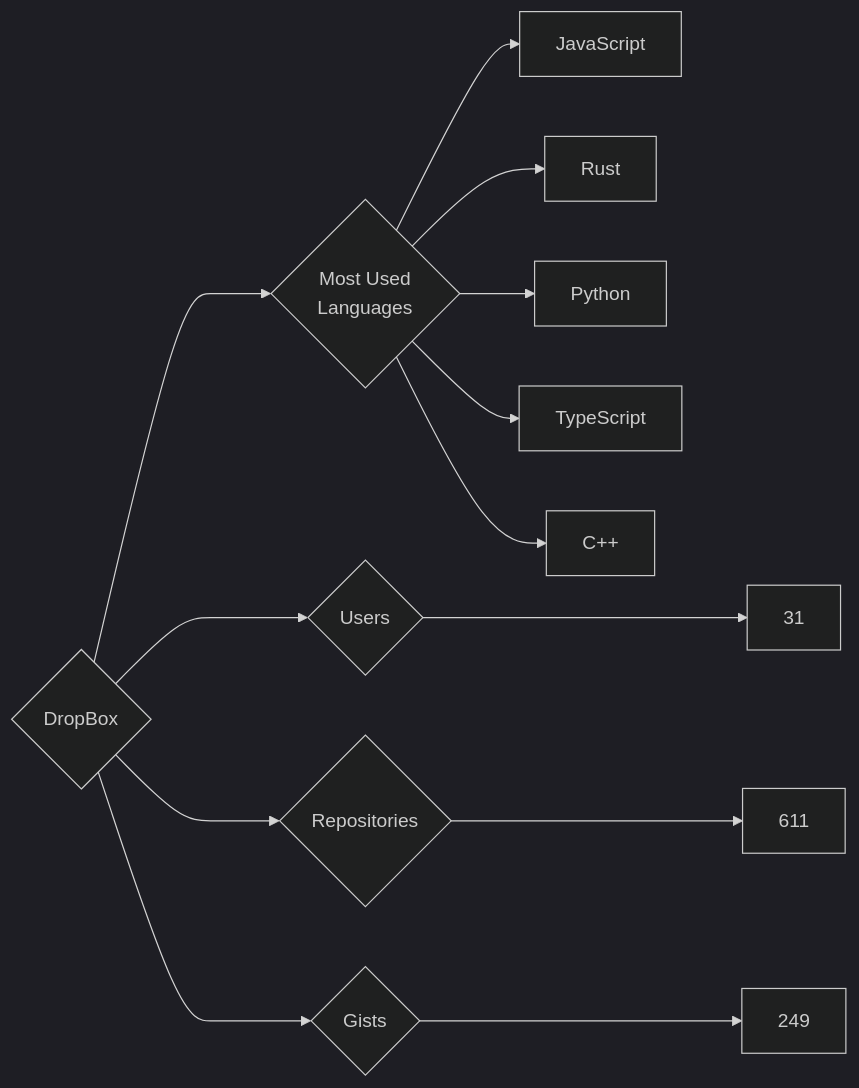
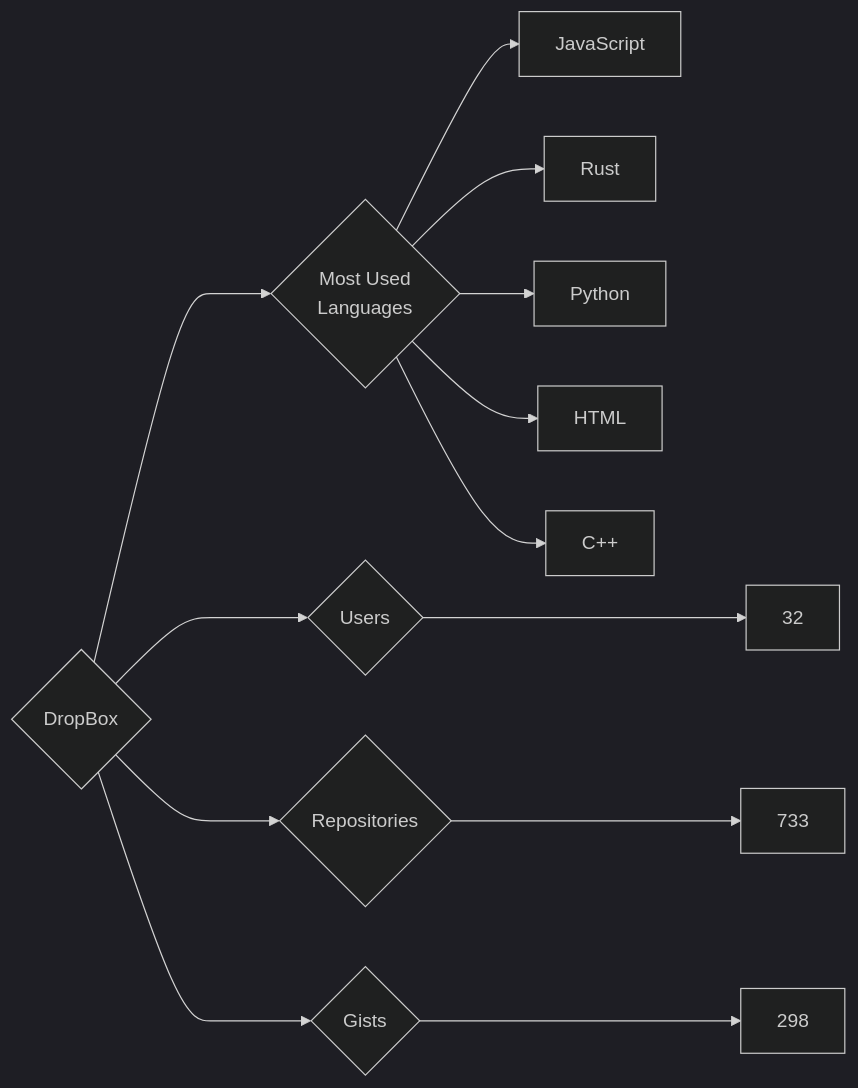
Before and after one commit to trickest/insiders: the diagram in targets/DropBox/README.md, drawn with Mermaid (dark theme). The commit also changed 998 other files, not shown here.

````diff
--- a/targets/DropBox/README.md
+++ b/targets/DropBox/README.md
@@ -3,13 +3,13 @@
 ```mermaid
 graph LR
 COMPANY_NAME{DropBox}
-COMPANY_NAME ---> U{Users} ---> UN[31]
-COMPANY_NAME ---> R{Repositories} ---> RN[611]
-COMPANY_NAME ---> G{Gists} ---> GN[249]
+COMPANY_NAME ---> U{Users} ---> UN[32]
+COMPANY_NAME ---> R{Repositories} ---> RN[733]
+COMPANY_NAME ---> G{Gists} ---> GN[298]
 COMPANY_NAME ---> ML{Most Used<br>Languages}
 ML --> JavaScript[JavaScript]
 ML --> Rust[Rust]
 ML --> Python[Python]
-ML --> TypeScript[TypeScript]
+ML --> HTML[HTML]
 ML --> C++[C++]
 ```
````
